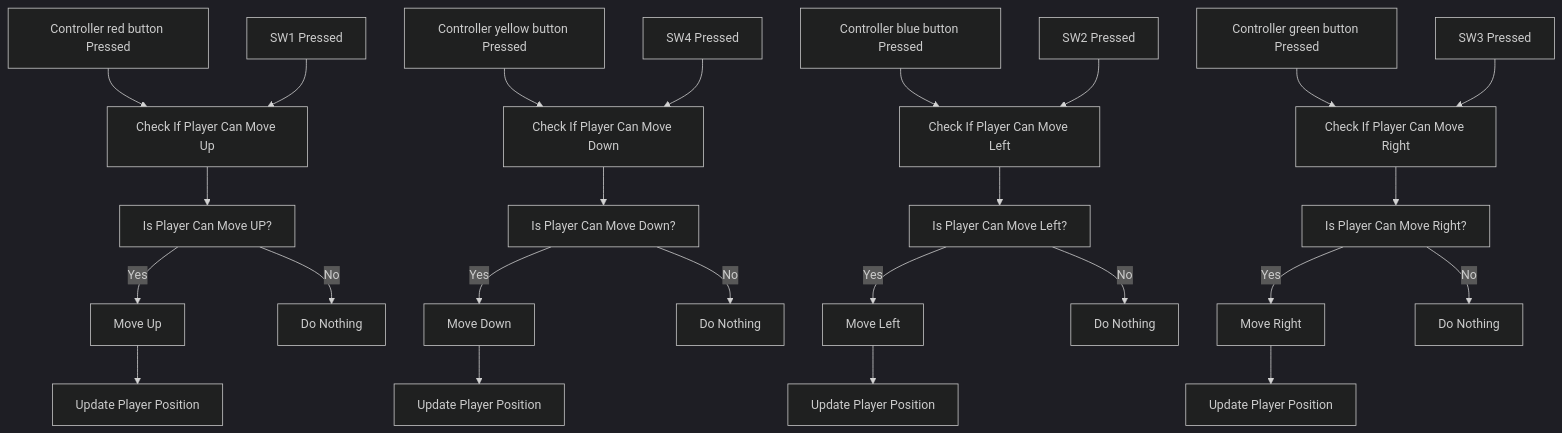
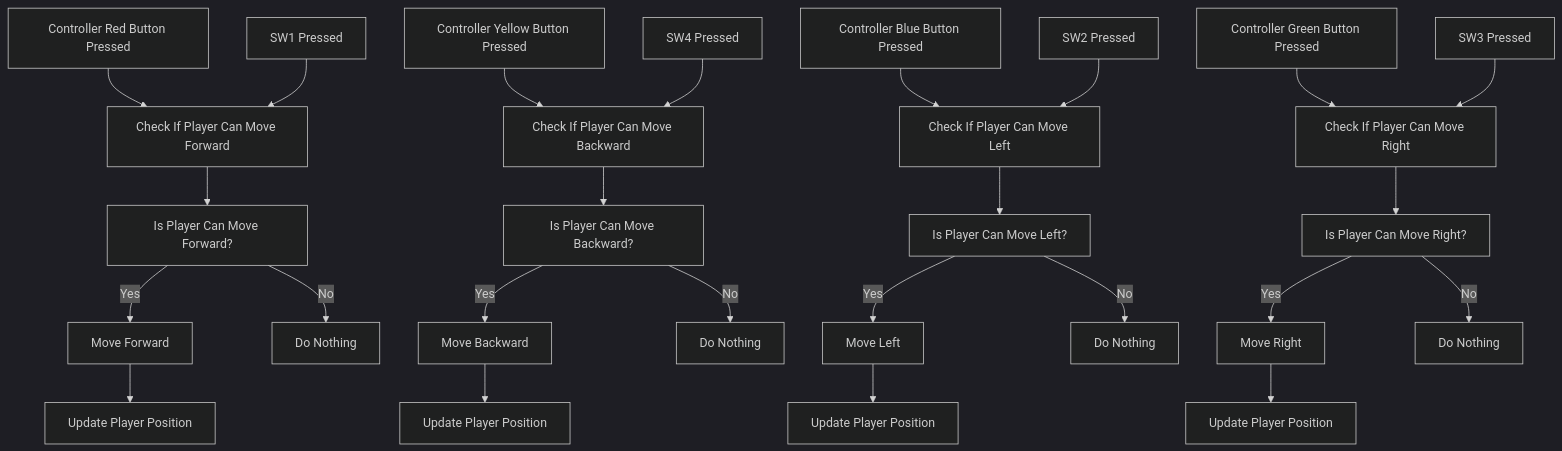
Before and after one commit to algosup/2024-2025-project-1-fpga-team-6: the second of 9 diagrams in Documents/TechnicalSpecifications/technicalSpecifications.md, drawn with Mermaid (dark theme). The commit also changed other lines of this file, not shown here.

````diff
--- a/Documents/TechnicalSpecifications/technicalSpecifications.md
+++ b/Documents/TechnicalSpecifications/technicalSpecifications.md
@@ -309,30 +310,30 @@
 ```mermaid
 graph TD
-    AA[Controller red button Pressed] --> B
-    A[SW1 Pressed] --> B[Check If Player Can Move Up]
-    B --> D[Is Player Can Move UP?]
-    D --> |Yes| E[Move Up]
+    AA[Controller Red Button Pressed] --> B
+    A[SW1 Pressed] --> B[Check If Player Can Move Forward]
+    B --> D[Is Player Can Move Forward?]
+    D --> |Yes| E[Move Forward]
     D --> |No| F[Do Nothing]
     E --> G[Update Player Position]
 
-    HH[Controller yellow button Pressed] --> I
-    H[SW4 Pressed] --> I[Check If Player Can Move Down]
-    I --> K[Is Player Can Move Down?]
-    K --> |Yes| L[Move Down]
+    HH[Controller Yellow Button Pressed] --> I
+    H[SW4 Pressed] --> I[Check If Player Can Move Backward]
+    I --> K[Is Player Can Move Backward?]
+    K --> |Yes| L[Move Backward]
     K --> |No| M[Do Nothing]
     L --> N[Update Player Position]
 
-    OO[Controller blue button Pressed] --> P
+    OO[Controller Blue Button Pressed] --> P
     O[SW2 Pressed] --> P[Check If Player Can Move Left]
     P --> R[Is Player Can Move Left?]
     R --> |Yes| S[Move Left]
     R --> |No| T[Do Nothing]
     S --> U[Update Player Position]
 
-    VV[Controller green button Pressed] --> W
+    VV[Controller Green Button Pressed] --> W
     V[SW3 Pressed] --> W[Check If Player Can Move Right]
     W --> Y[Is Player Can Move Right?]
     Y --> |Yes| Z[Move Right]
     Y --> |No| YY[Do Nothing]
     Z --> ZZ[Update Player Position]
 ```
````
